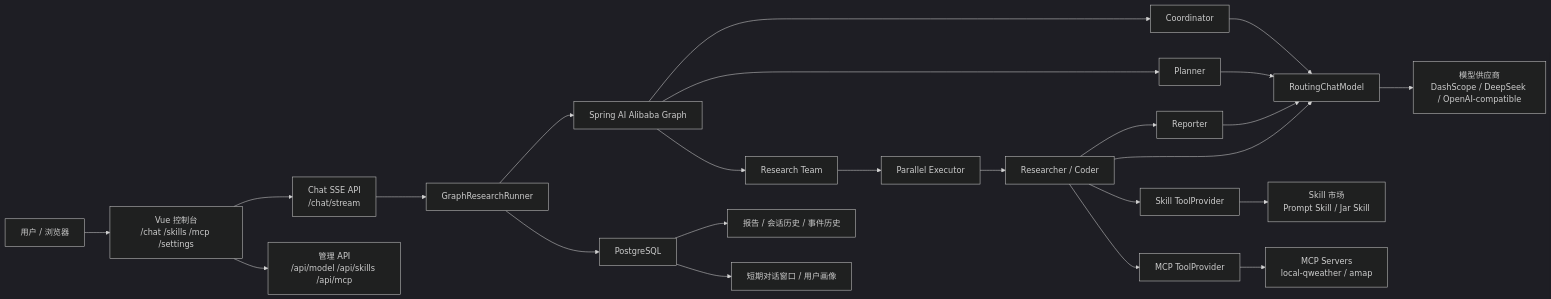
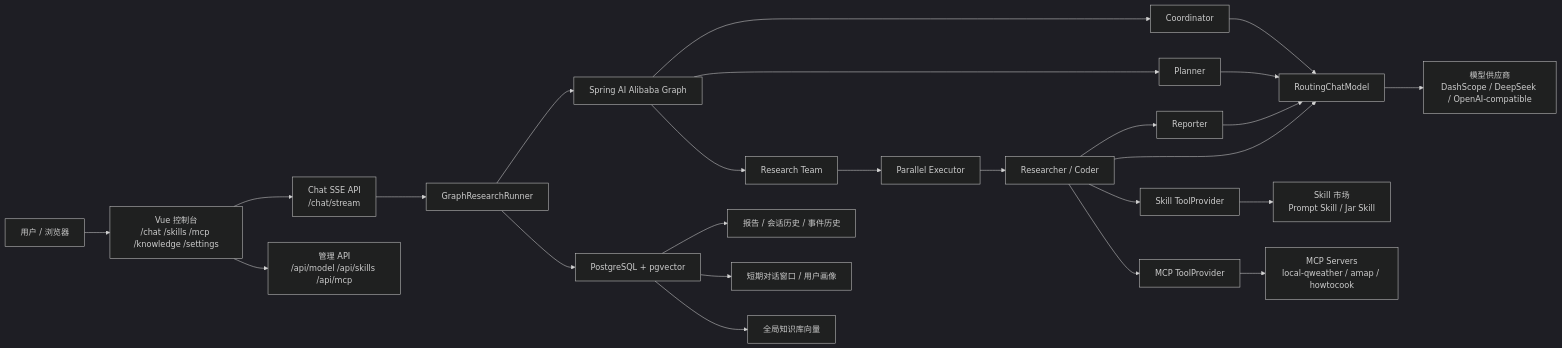
The first of 2 diagrams in README.md (man-mu/M-agent), drawn with Mermaid (dark theme) before and after one commit. The commit also changed other lines of this file and 4 other files, not shown here.

````diff
--- a/README.md
+++ b/README.md
@@ -19,30 +32,31 @@
 ```mermaid
 flowchart LR
-  User["用户 / 浏览器"] --> UI["Vue 控制台<br/>/chat /skills /mcp /settings"]
+  User["用户 / 浏览器"] --> UI["Vue 控制台<br/>/chat /skills /mcp /knowledge /settings"]
   UI --> ChatApi["Chat SSE API<br/>/chat/stream"]
   UI --> AdminApi["管理 API<br/>/api/model /api/skills /api/mcp"]
 
   ChatApi --> Runner["GraphResearchRunner"]
   Runner --> Graph["Spring AI Alibaba Graph"]
   Graph --> Coordinator["Coordinator"]
   Graph --> Planner["Planner"]
   Graph --> Team["Research Team"]
   Team --> Executor["Parallel Executor"]
   Executor --> Researcher["Researcher / Coder"]
   Researcher --> Reporter["Reporter"]
 
   Coordinator --> ModelRouter["RoutingChatModel"]
   Planner --> ModelRouter
   Researcher --> ModelRouter
   Reporter --> ModelRouter
   ModelRouter --> Providers["模型供应商<br/>DashScope / DeepSeek / OpenAI-compatible"]
 
   Researcher --> SkillTools["Skill ToolProvider"]
   SkillTools --> SkillMarket["Skill 市场<br/>Prompt Skill / Jar Skill"]
   Researcher --> McpTools["MCP ToolProvider"]
-  McpTools --> McpServers["MCP Servers<br/>local-qweather / amap"]
+  McpTools --> McpServers["MCP Servers<br/>local-qweather / amap / howtocook"]
 
-  Runner --> Pg["PostgreSQL"]
+  Runner --> Pg["PostgreSQL + pgvector"]
   Pg --> Reports["报告 / 会话历史 / 事件历史"]
   Pg --> Memory["短期对话窗口 / 用户画像"]
+  Pg --> RagDocs["全局知识库向量"]
 ```
````
